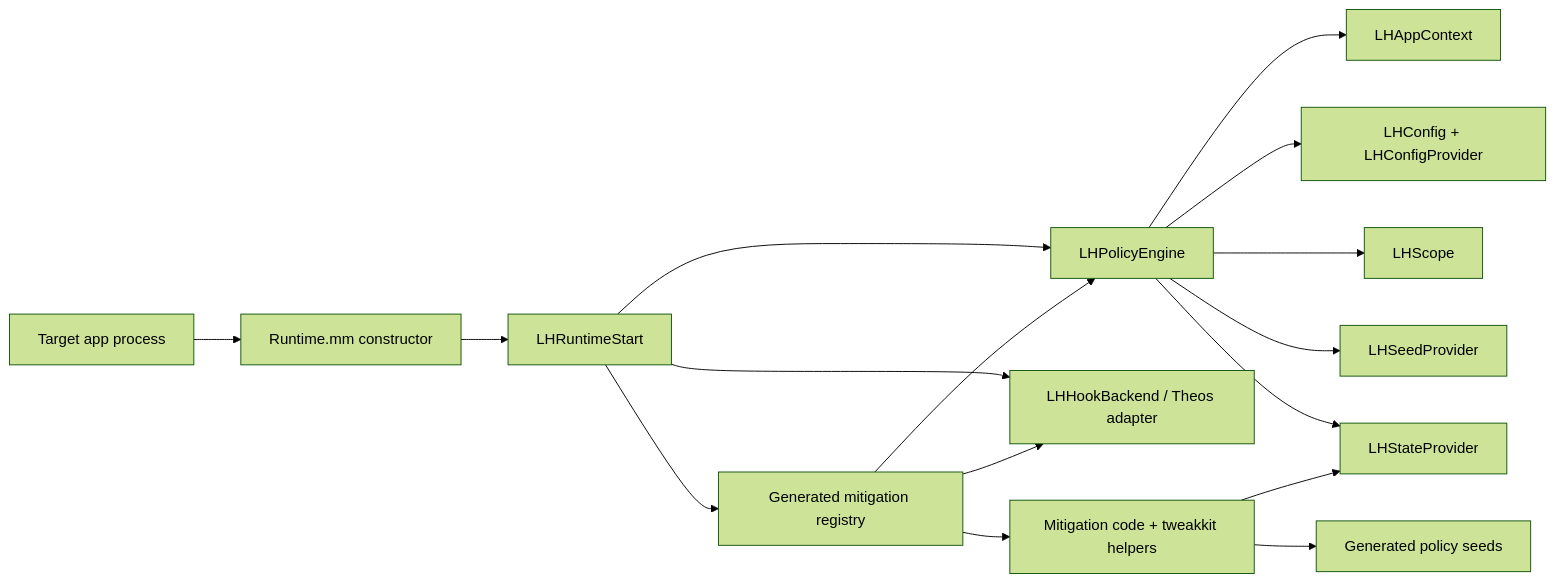
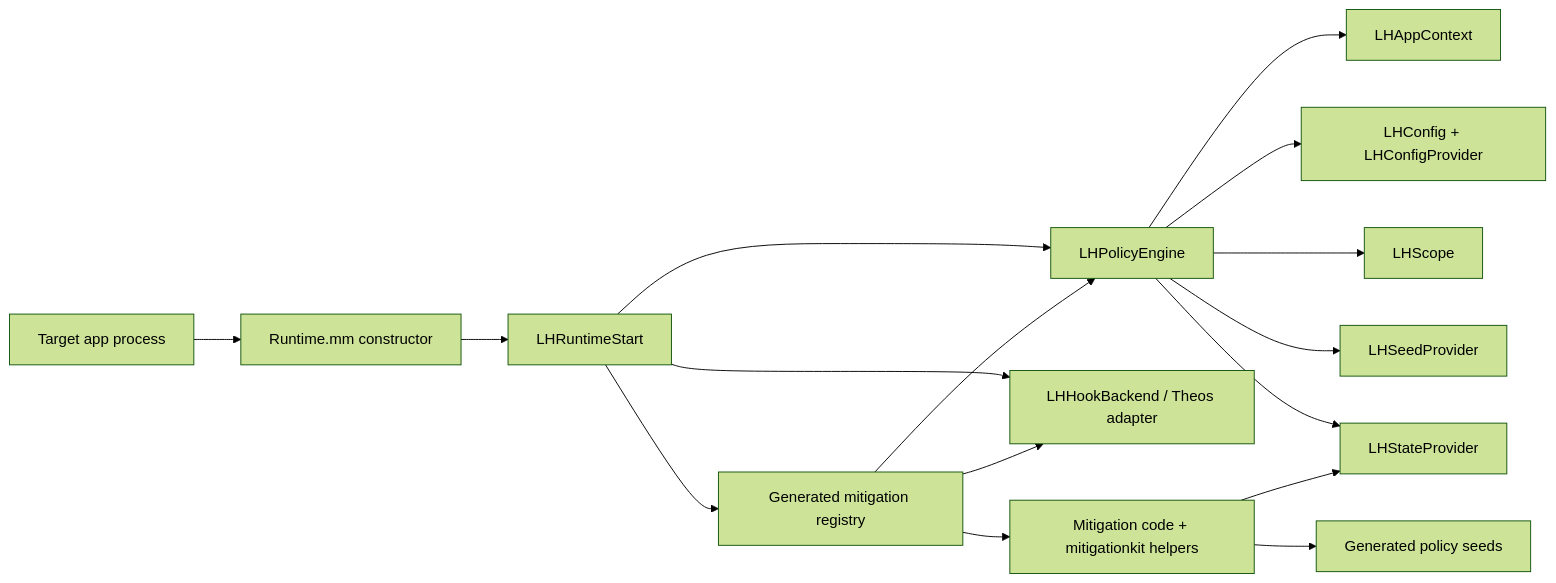
One commit to alecs297/loupehole changed the diagram in docs/development/runtime-architecture.md. Above: the diagram before and after it, drawn with Mermaid (forest theme). The commit also changed other lines of this file and 28 other files, not shown here.

````diff
--- a/docs/development/runtime-architecture.md
+++ b/docs/development/runtime-architecture.md
@@ -9,18 +9,18 @@
 ```mermaid
 flowchart LR
     App["Target app process"] --> Entry["Runtime.mm constructor"]
     Entry --> Runtime["LHRuntimeStart"]
     Runtime --> Engine["LHPolicyEngine"]
     Runtime --> Backend["LHHookBackend / Theos adapter"]
     Engine --> Context["LHAppContext"]
     Engine --> Config["LHConfig + LHConfigProvider"]
     Engine --> Scope["LHScope"]
     Engine --> Seed["LHSeedProvider"]
     Engine --> State["LHStateProvider"]
     Runtime --> Modules["Generated mitigation registry"]
     Modules --> Backend
     Modules --> Engine
-    Modules --> Mitigation["Mitigation code + tweakkit helpers"]
+    Modules --> Mitigation["Mitigation code + mitigationkit helpers"]
     Mitigation --> State
     Mitigation --> Seeds["Generated policy seeds"]
 ```
````
